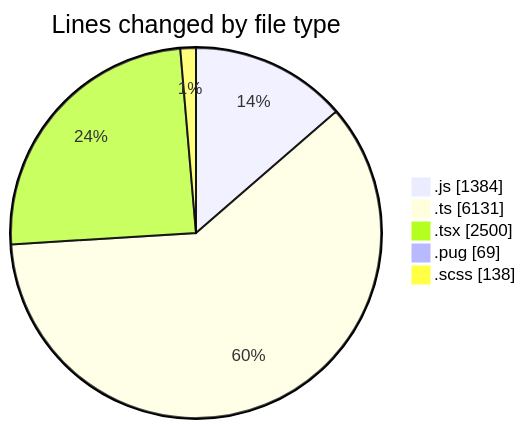
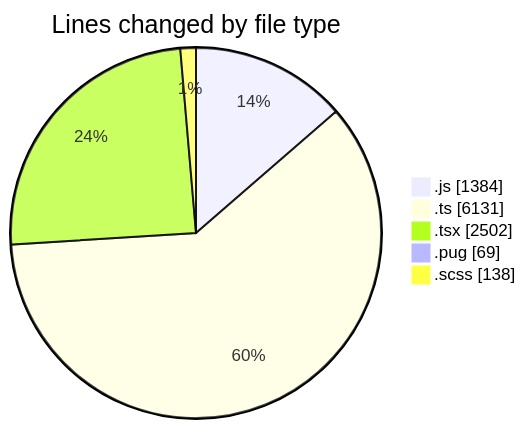
Before and after one commit to momahboobian/code-tracking: the first of 2 diagrams in 2025-03-25/cda/README.md, drawn with Mermaid. The commit also changed other lines of this file and 1 other file, not shown here.

````diff
--- a/2025-03-25/cda/README.md
+++ b/2025-03-25/cda/README.md
@@ -39,9 +39,9 @@
 ```mermaid
 pie showData
 title Lines changed by file type
 ".js" : 1384
 ".ts" : 6131
-".tsx" : 2500
+".tsx" : 2502
 ".pug" : 69
 ".scss" : 138
 ```
````
